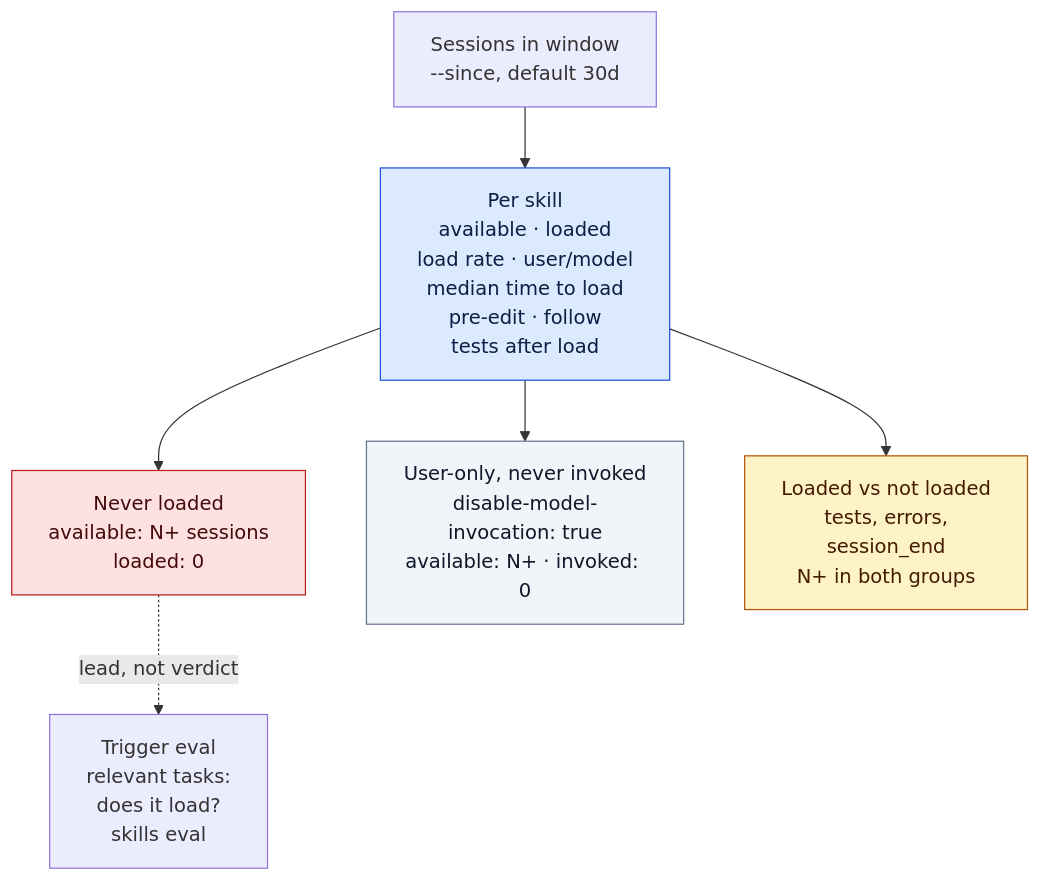
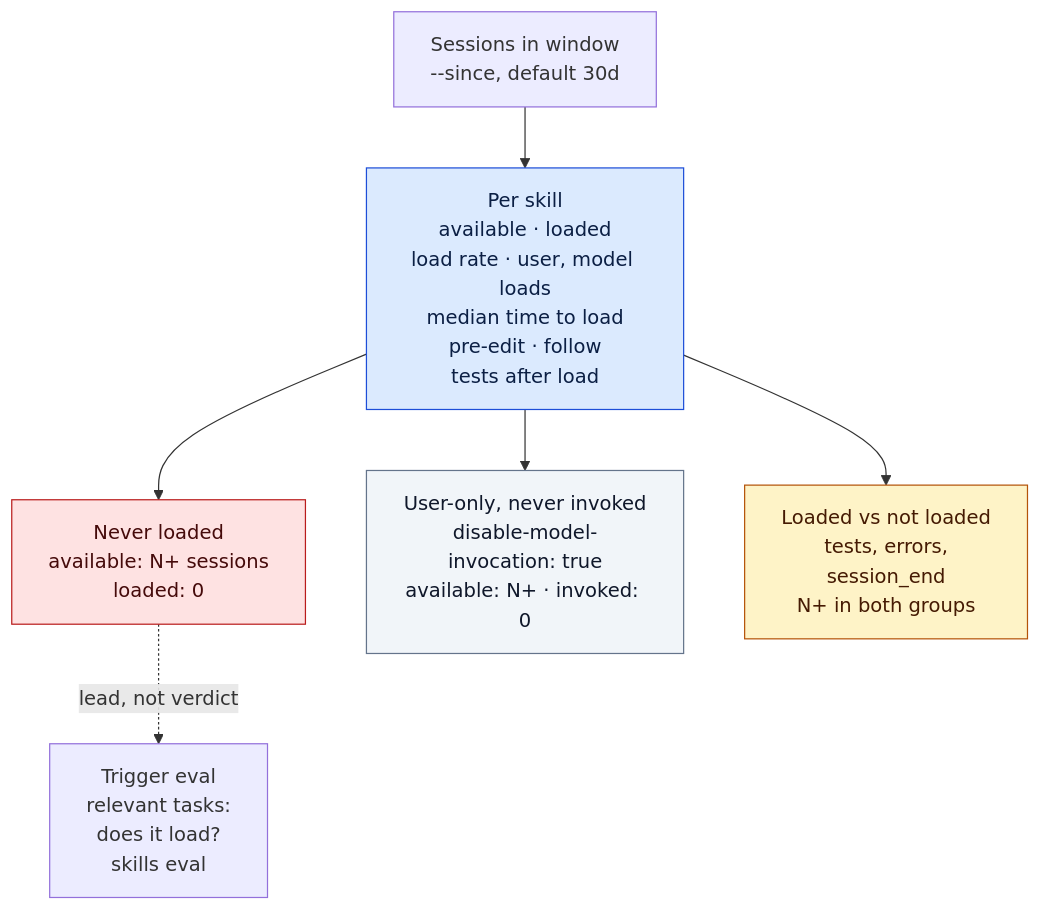
The seventh of 7 diagrams in docs/skills.md (Siddhant-K-code/agent-trace), drawn with Mermaid before and after one commit. The commit also changed other lines of this file and 5 other files, not shown here.

First line of the commit message:
fix(skills): count failed tool results as errors and only listed SKILL.md reads as loads (#425)

````diff
--- a/docs/skills.md
+++ b/docs/skills.md
@@ -371,12 +379,12 @@
 ```mermaid
 flowchart TD
-    W["Sessions in window<br/>--since, default 30d"] --> P["Per skill<br/>available · loaded<br/>load rate · user/model<br/>median time to load<br/>pre-edit · follow<br/>tests after load"]:::fact
+    W["Sessions in window<br/>--since, default 30d"] --> P["Per skill<br/>available · loaded<br/>load rate · user, model loads<br/>median time to load<br/>pre-edit · follow<br/>tests after load"]:::fact
     P --> N["Never loaded<br/>available: N+ sessions<br/>loaded: 0"]:::none
     P --> UO["User-only, never invoked<br/>disable-model-invocation: true<br/>available: N+ · invoked: 0"]:::nm
     P --> C["Loaded vs not loaded<br/>tests, errors,<br/>session_end<br/>N+ in both groups"]:::signal
     N -. "lead, not verdict" .-> E["Trigger eval<br/>relevant tasks:<br/>does it load?<br/>skills eval"]
     classDef fact fill:#dbeafe,stroke:#1d4ed8,color:#0b1f44
     classDef signal fill:#fef3c7,stroke:#b45309,color:#451a03
     classDef none fill:#fee2e2,stroke:#b91c1c,color:#450a0a
     classDef nm fill:#f1f5f9,stroke:#64748b,color:#0f172a
 ```
````
